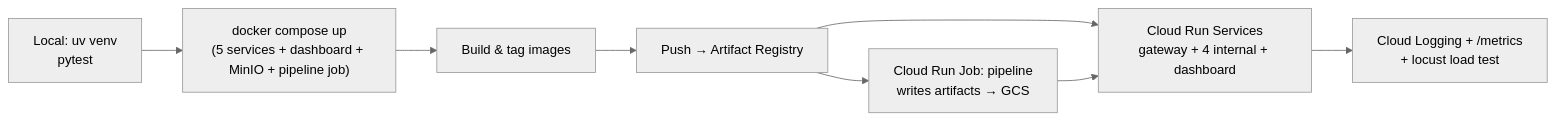
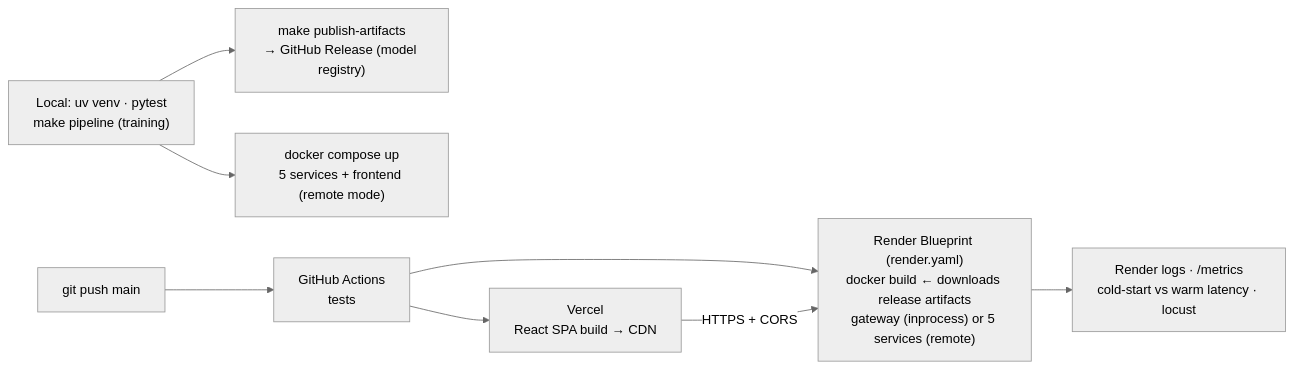
Before and after one commit to bharathakn/FinSight-AI: the fourth of 5 diagrams in FinSight_AI_Project_Plan.md, drawn with Mermaid (neutral theme). The commit also changed other lines of this file and 75 other files, not shown here.

````diff
--- a/FinSight_AI_Project_Plan.md
+++ b/FinSight_AI_Project_Plan.md
@@ -409,8 +449,10 @@
 ```mermaid
 flowchart LR
-    Dev["Local: uv venv\npytest"] --> Compose["docker compose up\n(5 services + dashboard + MinIO + pipeline job)"]
-    Compose --> Build["Build & tag images"] --> AR["Push → Artifact Registry"]
-    AR --> Job["Cloud Run Job: pipeline\nwrites artifacts → GCS"]
-    AR --> Svc["Cloud Run Services\ngateway + 4 internal + dashboard"]
-    Job --> Svc --> Mon["Cloud Logging + /metrics\n+ locust load test"]
+    Dev["Local: uv venv · pytest\nmake pipeline (training)"] --> Pub["make publish-artifacts\n→ GitHub Release (model registry)"]
+    Dev --> Compose["docker compose up\n5 services + frontend (remote mode)"]
+    Push["git push main"] --> GHA["GitHub Actions\ntests"]
+    GHA --> Render["Render Blueprint (render.yaml)\ndocker build ← downloads release artifacts\ngateway (inprocess) or 5 services (remote)"]
+    GHA --> Vercel["Vercel\nReact SPA build → CDN"]
+    Vercel -- "HTTPS + CORS" --> Render
+    Render --> Mon["Render logs · /metrics\ncold-start vs warm latency · locust"]
 ```
````
